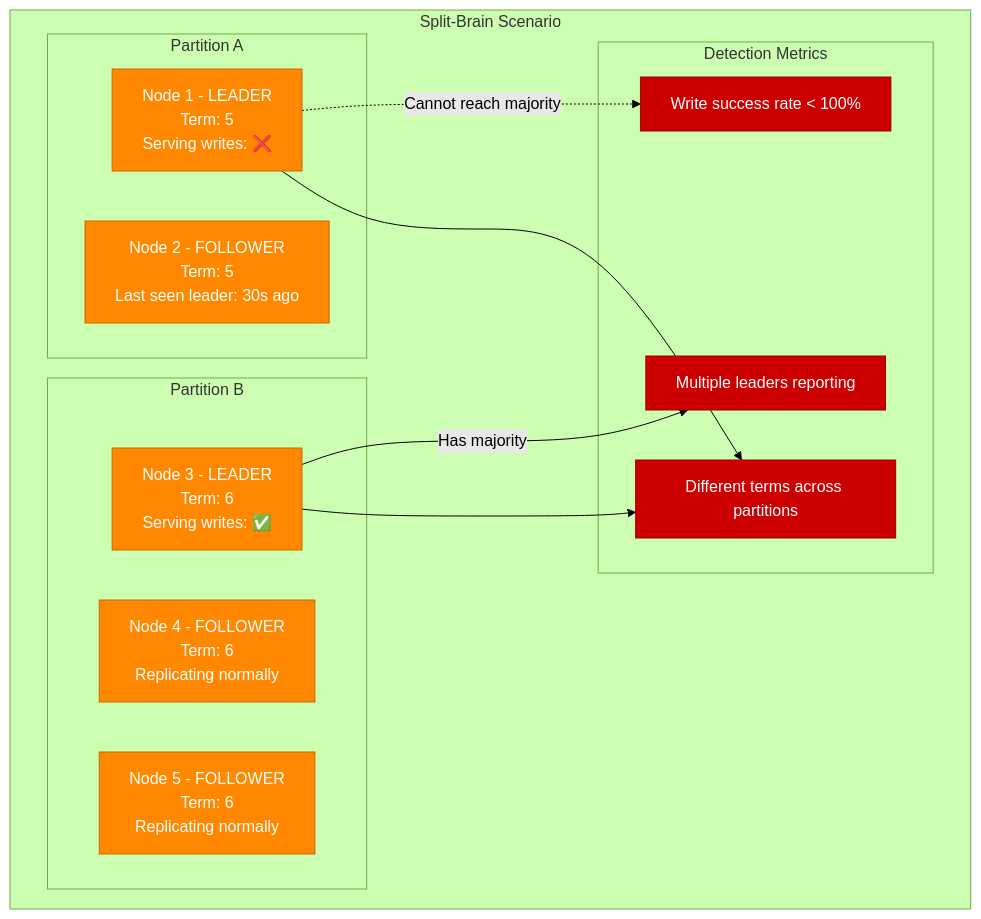
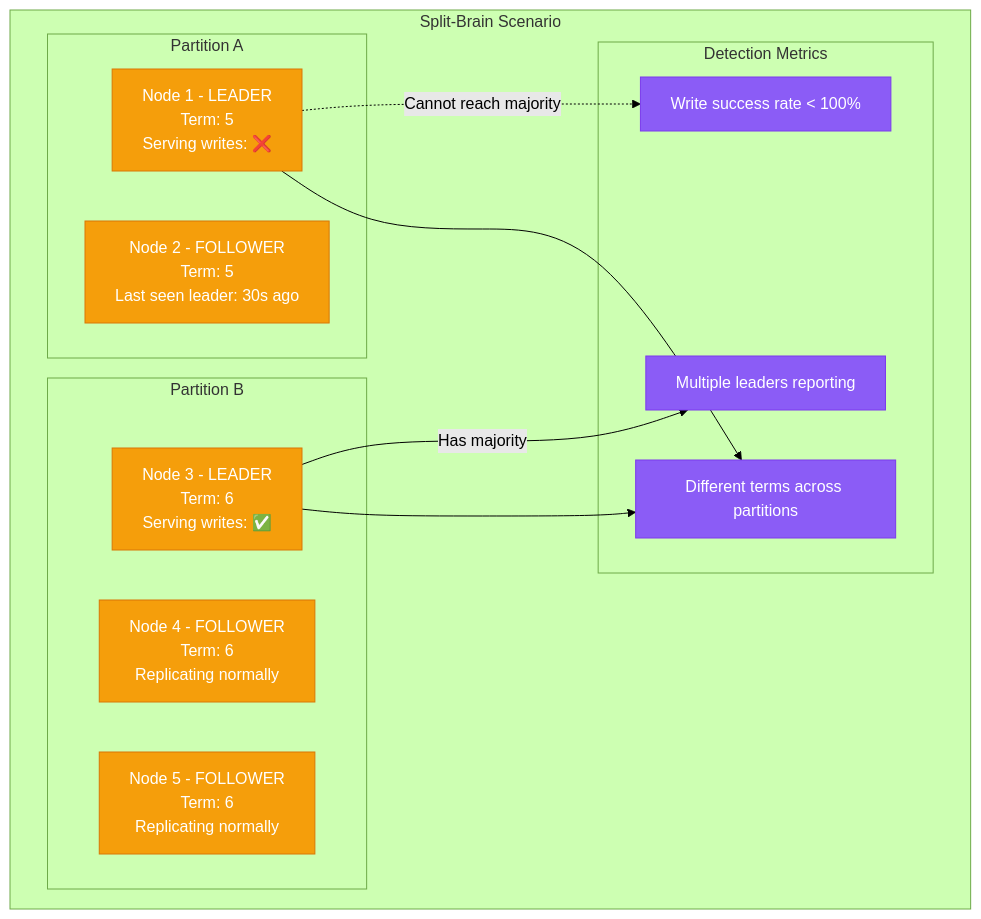
The second of 4 diagrams in site/docs/mechanisms/consensus/raft-debugging.md (deepaucksharma/DS), drawn with Mermaid (forest theme) before and after one commit. The commit also changed other lines of this file and 303 other files, not shown here.

````diff
--- a/site/docs/mechanisms/consensus/raft-debugging.md
+++ b/site/docs/mechanisms/consensus/raft-debugging.md
@@ -155,34 +155,34 @@
 ```mermaid
 graph TB
     subgraph "Split-Brain Scenario"
         subgraph "Partition A"
             N1[Node 1 - LEADER<br/>Term: 5<br/>Serving writes: ❌]
             N2[Node 2 - FOLLOWER<br/>Term: 5<br/>Last seen leader: 30s ago]
         end
 
         subgraph "Partition B"
             N3[Node 3 - LEADER<br/>Term: 6<br/>Serving writes: ✅]
             N4[Node 4 - FOLLOWER<br/>Term: 6<br/>Replicating normally]
             N5[Node 5 - FOLLOWER<br/>Term: 6<br/>Replicating normally]
         end
 
         subgraph "Detection Metrics"
             METRIC1[Multiple leaders reporting]
             METRIC2[Different terms across partitions]
             METRIC3[Write success rate < 100%]
         end
     end
 
     N1 -.-> |"Cannot reach majority"| METRIC3
     N3 --> |"Has majority"| METRIC1
     N1 --> METRIC2
     N3 --> METRIC2
 
     %% Apply colors
-    classDef edgeStyle fill:#0066CC,stroke:#004499,color:#fff
-    classDef stateStyle fill:#FF8800,stroke:#CC6600,color:#fff
-    classDef controlStyle fill:#CC0000,stroke:#990000,color:#fff
+    classDef edgeStyle fill:#3B82F6,stroke:#2563EB,color:#fff
+    classDef stateStyle fill:#F59E0B,stroke:#D97706,color:#fff
+    classDef controlStyle fill:#8B5CF6,stroke:#7C3AED,color:#fff
 
     class N1,N2,N3,N4,N5 stateStyle
     class METRIC1,METRIC2,METRIC3 controlStyle
 ```
````
